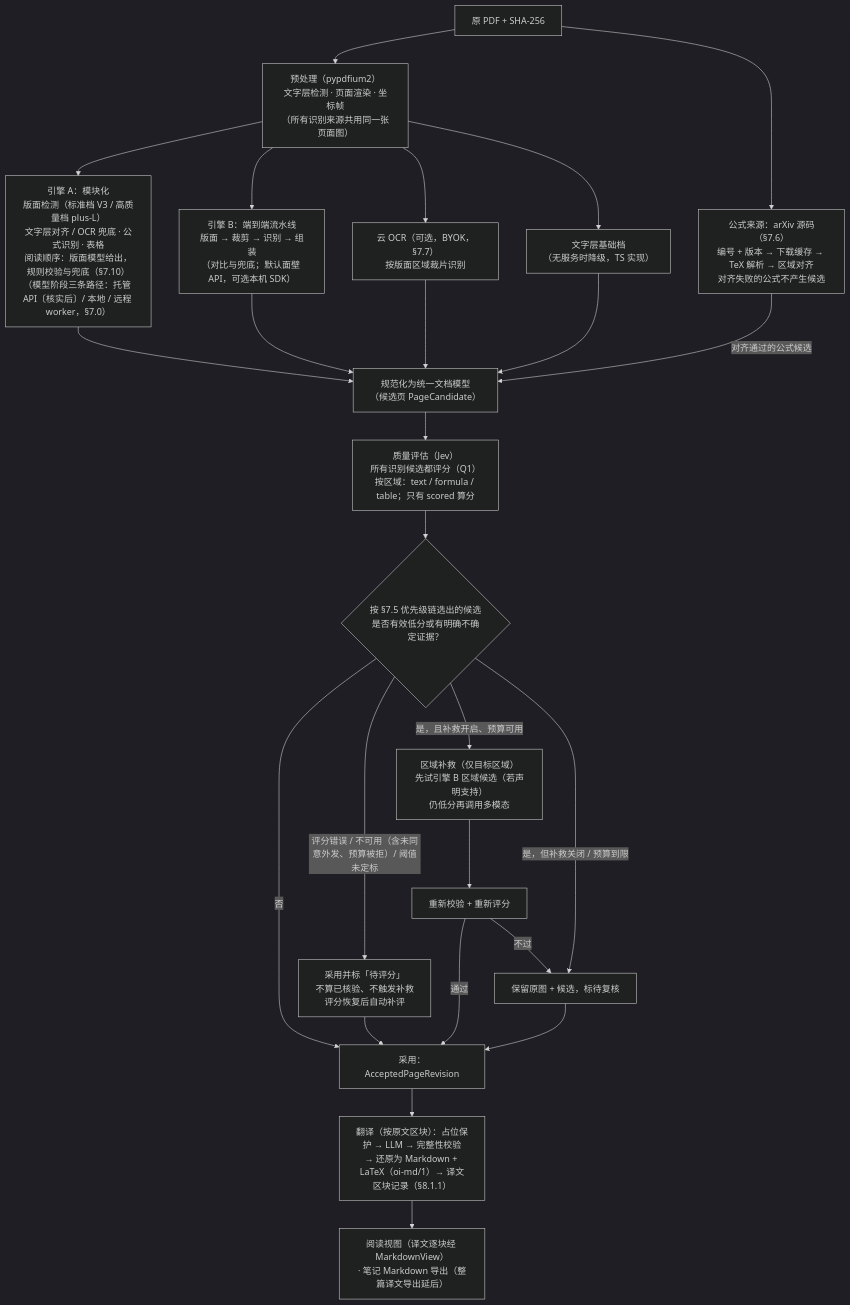
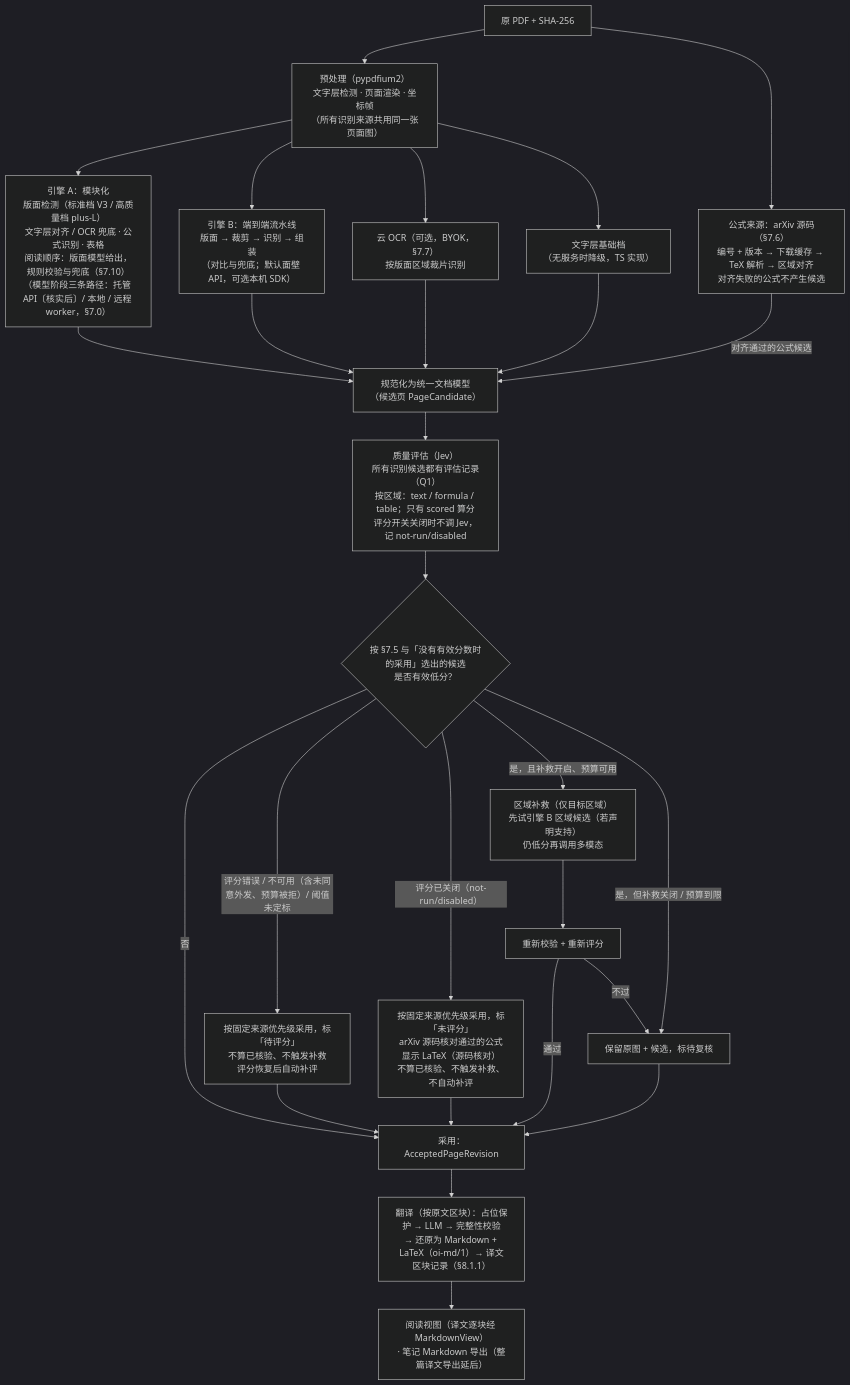
Before and after one commit to wisdom-km/open-immerse-v2: the fourth of 6 diagrams in ARCHITECTURE.md, drawn with Mermaid (dark theme). The commit also changed other lines of this file, not shown here.

First line of the commit message:
docs(arch): 评分开关、not-run/disabled 与源码核对的落点

````diff
--- a/ARCHITECTURE.md
+++ b/ARCHITECTURE.md
@@ -772,27 +772,29 @@
 ```mermaid
 flowchart TD
   IN["原 PDF + SHA-256"] --> PRE["预处理（pypdfium2）<br/>文字层检测 · 页面渲染 · 坐标帧<br/>（所有识别来源共用同一张页面图）"]
   IN --> AX["公式来源：arXiv 源码（§7.6）<br/>编号 + 版本 → 下载缓存 → TeX 解析 → 区域对齐<br/>对齐失败的公式不产生候选"]
   PRE --> A["引擎 A：模块化<br/>版面检测（标准档 V3 / 高质量档 plus-L）<br/>文字层对齐 / OCR 兜底 · 公式识别 · 表格<br/>阅读顺序：版面模型给出，规则校验与兜底（§7.10）<br/>（模型阶段三条路径：托管 API〔核实后〕/ 本地 / 远程 worker，§7.0）"]
   PRE --> B["引擎 B：端到端流水线<br/>版面 → 裁剪 → 识别 → 组装<br/>（对比与兜底；默认面壁 API，可选本机 SDK）"]
   PRE --> CO["云 OCR（可选，BYOK，§7.7）<br/>按版面区域裁片识别"]
   PRE --> T["文字层基础档<br/>（无服务时降级，TS 实现）"]
   A --> N["规范化为统一文档模型<br/>（候选页 PageCandidate）"]
   B --> N
   CO --> N
   T --> N
   AX -- "对齐通过的公式候选" --> N
-  N --> Q["质量评估（Jev）<br/>所有识别候选都评分（Q1）<br/>按区域：text / formula / table；只有 scored 算分"]
-  Q --> D{"按 §7.5 优先级链选出的候选<br/>是否有效低分或有明确不确定证据？"}
+  N --> Q["质量评估（Jev）<br/>所有识别候选都有评估记录（Q1）<br/>按区域：text / formula / table；只有 scored 算分<br/>评分开关关闭时不调 Jev，记 not-run/disabled"]
+  Q --> D{"按 §7.5 与「没有有效分数时的采用」选出的候选<br/>是否有效低分？"}
   D -- "否" --> ACC["采用：AcceptedPageRevision"]
-  D -- "评分错误 / 不可用（含未同意外发、预算被拒）/ 阈值未定标" --> PEND["采用并标「待评分」<br/>不算已核验、不触发补救<br/>评分恢复后自动补评"]
+  D -- "评分错误 / 不可用（含未同意外发、预算被拒）/ 阈值未定标" --> PEND["按固定来源优先级采用，标「待评分」<br/>不算已核验、不触发补救<br/>评分恢复后自动补评"]
   PEND --> ACC
+  D -- "评分已关闭（not-run/disabled）" --> OFF["按固定来源优先级采用，标「未评分」<br/>arXiv 源码核对通过的公式显示 LaTeX（源码核对）<br/>不算已核验、不触发补救、不自动补评"]
+  OFF --> ACC
   D -- "是，且补救开启、预算可用" --> RP["区域补救（仅目标区域）<br/>先试引擎 B 区域候选（若声明支持）<br/>仍低分再调用多模态"]
   D -- "是，但补救关闭 / 预算到限" --> FB["保留原图 + 候选，标待复核"]
   RP --> Q2["重新校验 + 重新评分"]
   Q2 -- "通过" --> ACC
   Q2 -- "不过" --> FB
   FB --> ACC
   ACC --> TR["翻译（按原文区块）：占位保护 → LLM → 完整性校验<br/>→ 还原为 Markdown + LaTeX（oi-md/1）→ 译文区块记录（§8.1.1）"]
   TR --> OUT["阅读视图（译文逐块经 MarkdownView）<br/>· 笔记 Markdown 导出（整篇译文导出延后）"]
 ```
````
